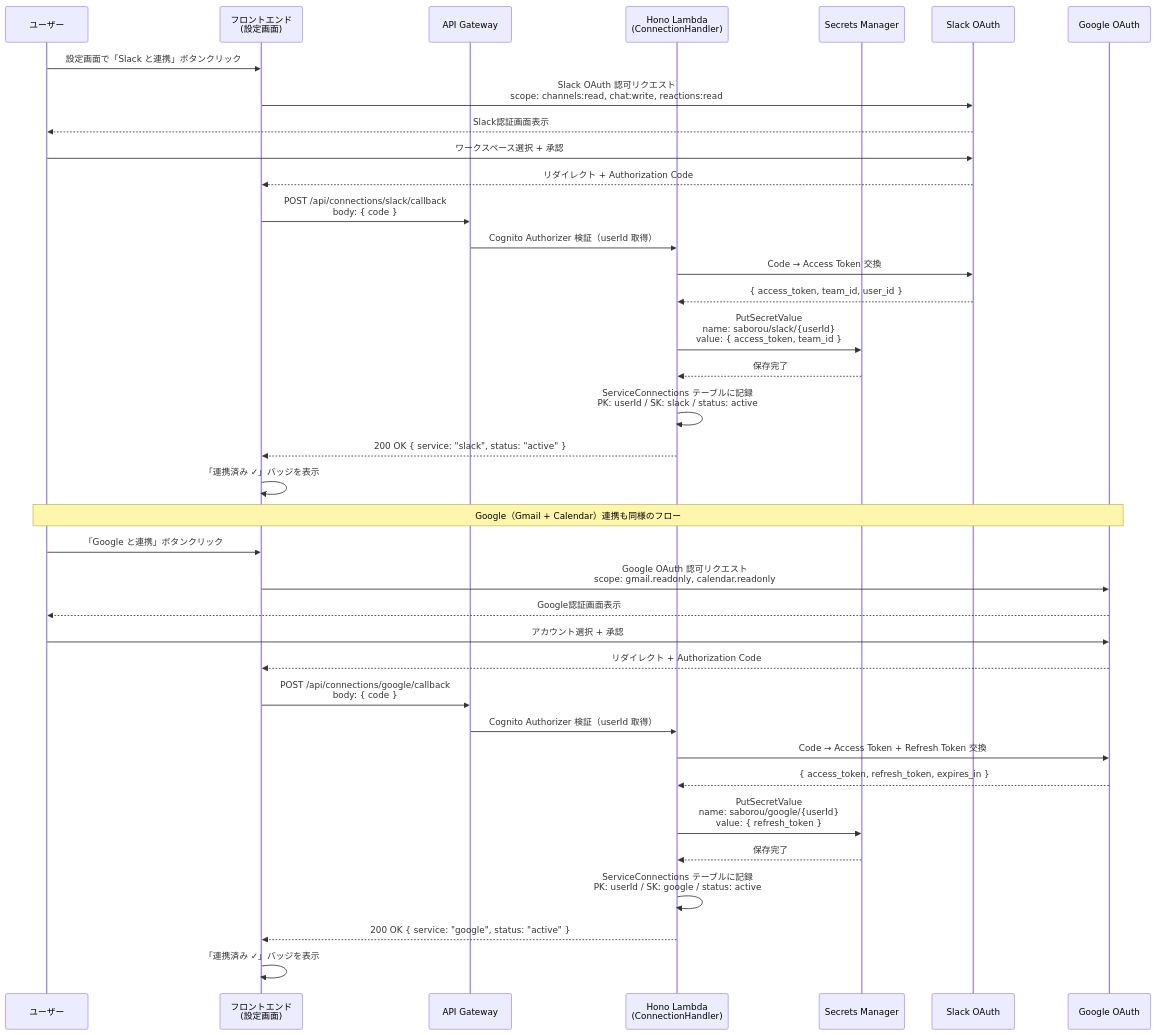
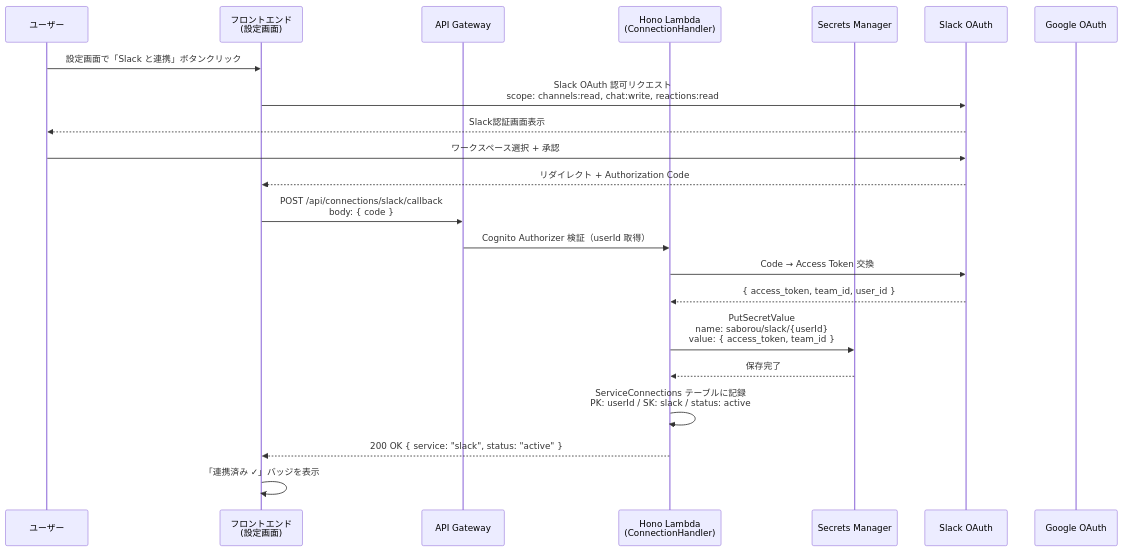
One commit to mashharuki/AWS-SummitHackathon-2026 changed the sixth of 7 diagrams in aidlc-docs/inception/application-design/sequence-diagrams.md. Above: the diagram before and after it, drawn with Mermaid. The commit also changed other lines of this file and 24 other files, not shown here.

````diff
--- a/aidlc-docs/inception/application-design/sequence-diagrams.md
+++ b/aidlc-docs/inception/application-design/sequence-diagrams.md
@@ -201,41 +201,34 @@
 ```mermaid
 sequenceDiagram
     participant User as ユーザー
     participant FE as フロントエンド<br/>(設定画面)
     participant APIGW as API Gateway
     participant Hono as Hono Lambda<br/>(ConnectionHandler)
     participant SM as Secrets Manager
     participant Slack as Slack OAuth
     participant Google as Google OAuth
 
     User->>FE: 設定画面で「Slack と連携」ボタンクリック
     FE->>Slack: Slack OAuth 認可リクエスト<br/>scope: channels:read, chat:write, reactions:read
     Slack-->>User: Slack認証画面表示
     User->>Slack: ワークスペース選択 + 承認
     Slack-->>FE: リダイレクト + Authorization Code
     FE->>APIGW: POST /api/connections/slack/callback<br/>body: { code }
     APIGW->>Hono: Cognito Authorizer 検証（userId 取得）
     Hono->>Slack: Code → Access Token 交換
     Slack-->>Hono: { access_token, team_id, user_id }
     Hono->>SM: PutSecretValue<br/>name: saborou/slack/{userId}<br/>value: { access_token, team_id }
     SM-->>Hono: 保存完了
     Hono->>Hono: ServiceConnections テーブルに記録<br/>PK: userId / SK: slack / status: active
     Hono-->>FE: 200 OK { service: "slack", status: "active" }
     FE->>FE: 「連携済み ✓」バッジを表示
 
-    Note over User,Google: Google（Gmail + Calendar）連携も同様のフロー
-    User->>FE: 「Google と連携」ボタンクリック
-    FE->>Google: Google OAuth 認可リクエスト<br/>scope: gmail.readonly, calendar.readonly
-    Google-->>User: Google認証画面表示
-    User->>Google: アカウント選択 + 承認
-    Google-->>FE: リダイレクト + Authorization Code
-    FE->>APIGW: POST /api/connections/google/callback<br/>body: { code }
-    APIGW->>Hono: Cognito Authorizer 検証（userId 取得）
-    Hono->>Google: Code → Access Token + Refresh Token 交換
-    Google-->>Hono: { access_token, refresh_token, expires_in }
-    Hono->>SM: PutSecretValue<br/>name: saborou/google/{userId}<br/>value: { refresh_token }
-    SM-->>Hono: 保存完了
-    Hono->>Hono: ServiceConnections テーブルに記録<br/>PK: userId / SK: google / status: active
-    Hono-->>FE: 200 OK { service: "google", status: "active" }
-    FE->>FE: 「連携済み ✓」バッジを表示
+    %% [v1.1.0] 以下 Google（Gmail + Calendar）連携フロー
+    %% [v1.1.0] User->>FE: 「Google と連携」ボタンクリック
+    %% [v1.1.0] FE->>Google: Google OAuth 認可リクエスト scope: gmail.readonly, calendar.readonly
+    %% [v1.1.0] Google-->>User: Google認証画面表示
+    %% [v1.1.0] User->>Google: アカウント選択 + 承認
+    %% [v1.1.0] Google-->>FE: リダイレクト + Authorization Code
+    %% [v1.1.0] FE->>APIGW: POST /api/connections/google/callback body: { code }
+    %% [v1.1.0] Hono->>Google: Code → Refresh Token 交換 → SM に保存
 ```
````
